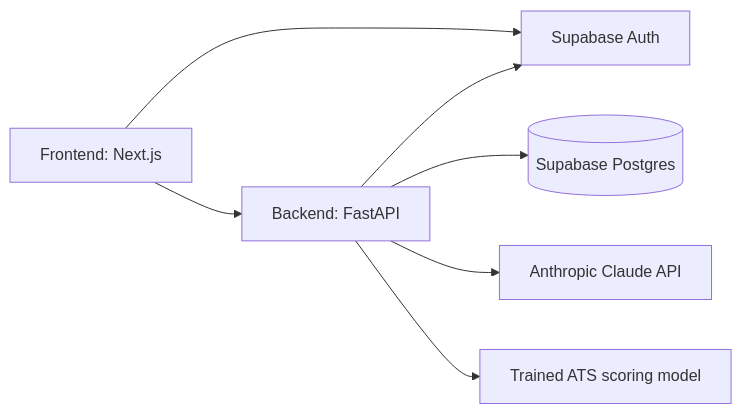
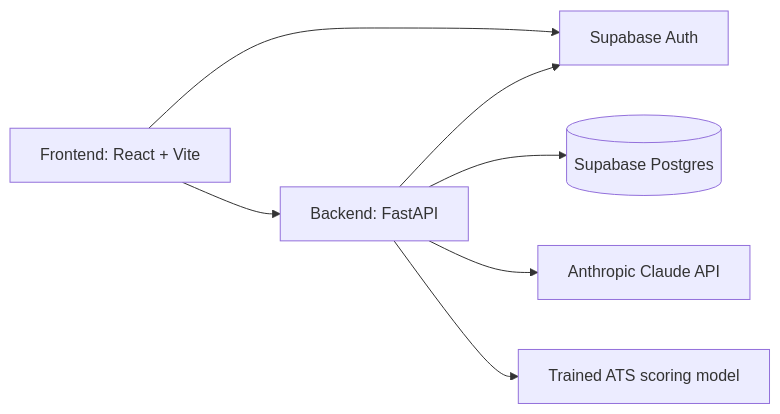
The diagram in README.md (dv-saiharsha/AI-Career-Coach), drawn with Mermaid before and after one commit. The commit also changed other lines of this file and 301 other files, not shown here.

First line of the commit message:
feat(frontend): replace the Next.js app with the Figma-designed React + Vite frontend

````diff
--- a/README.md
+++ b/README.md
@@ -9,9 +9,9 @@
 ```mermaid
 graph LR
-    UI[Frontend: Next.js] --> API[Backend: FastAPI]
+    UI[Frontend: React + Vite] --> API[Backend: FastAPI]
     UI --> AUTH[Supabase Auth]
     API --> AUTH
     API --> DB[(Supabase Postgres)]
     API --> LLM[Anthropic Claude API]
     API --> ML[Trained ATS scoring model]
 ```
````
